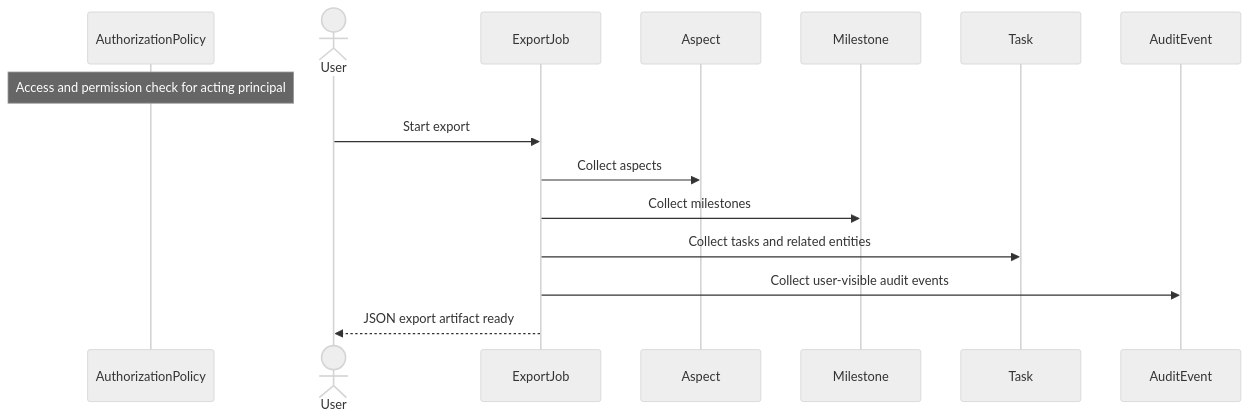
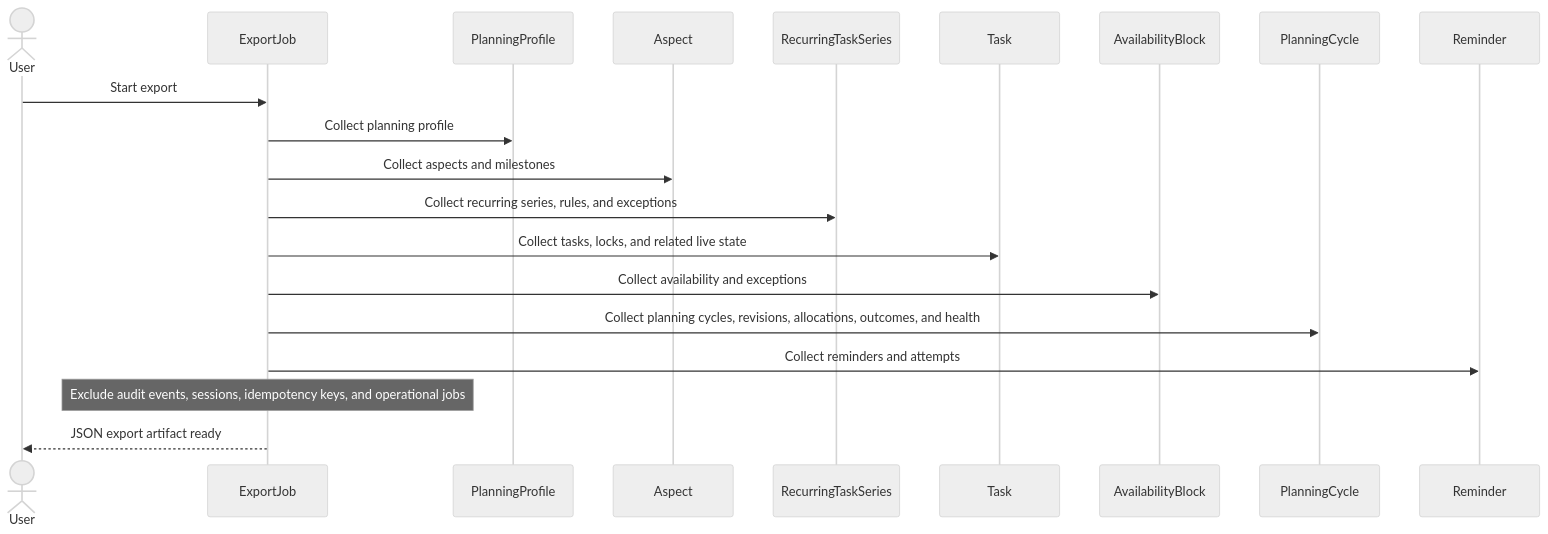
The first of 6 diagrams in architecture/sequence-diagrams/06-data-audit-system.md (ChidiRnweke/margin), drawn with Mermaid (neutral theme) before and after one commit. The commit also changed other lines of this file and 12 other files, not shown here.

Commit message:
Enhance sequence diagrams and introduce traceability matrix

````diff
--- a/architecture/sequence-diagrams/06-data-audit-system.md
+++ b/architecture/sequence-diagrams/06-data-audit-system.md
@@ -6,17 +9,22 @@
 ```mermaid
 sequenceDiagram
-    participant G as AuthorizationPolicy
-    Note over G: Access and permission check for acting principal
     actor U as User
     participant E as ExportJob
+    participant P as PlanningProfile
     participant X as Aspect
-    participant M as Milestone
+    participant S as RecurringTaskSeries
     participant T as Task
-    participant A as AuditEvent
+    participant V as AvailabilityBlock
+    participant C as PlanningCycle
+    participant R as Reminder
     U->>E: Start export
-    E->>X: Collect aspects
-    E->>M: Collect milestones
-    E->>T: Collect tasks and related entities
-    E->>A: Collect user-visible audit events
+    E->>P: Collect planning profile
+    E->>X: Collect aspects and milestones
+    E->>S: Collect recurring series, rules, and exceptions
+    E->>T: Collect tasks, locks, and related live state
+    E->>V: Collect availability and exceptions
+    E->>C: Collect planning cycles, revisions, allocations, outcomes, and health
+    E->>R: Collect reminders and attempts
+    Note over E: Exclude audit events, sessions, idempotency keys, and operational jobs
     E-->>U: JSON export artifact ready
 ```
````
